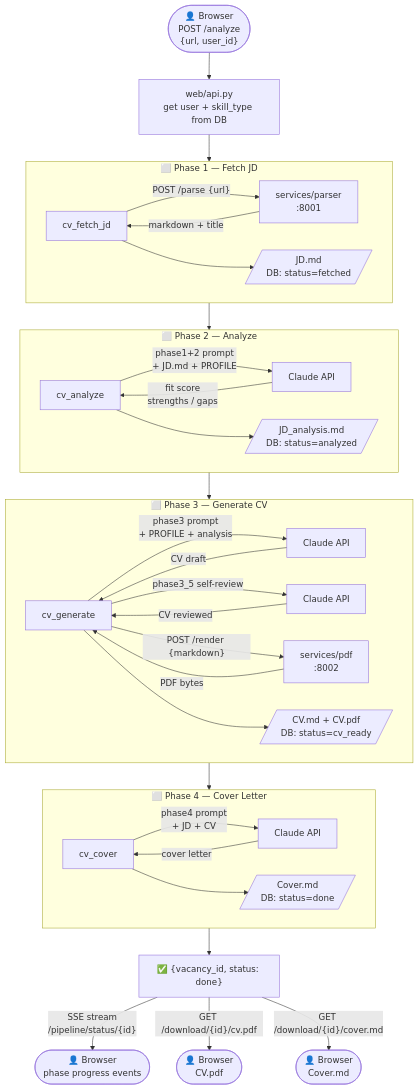
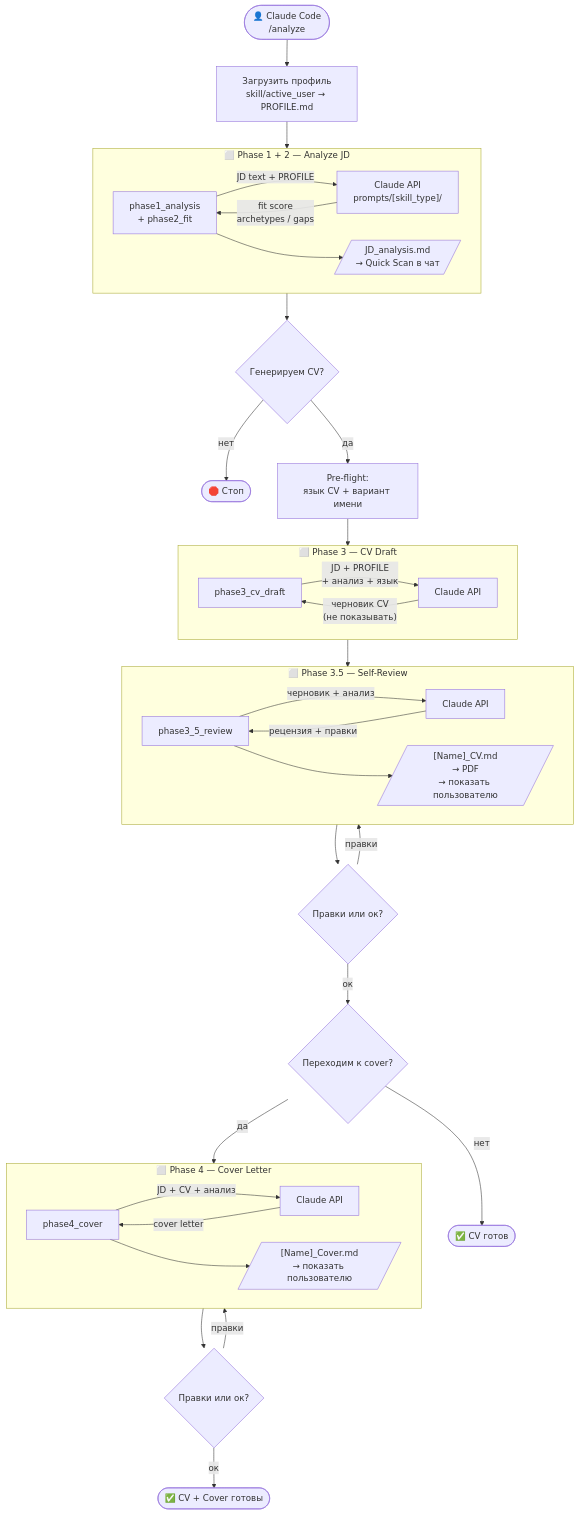
Before and after one commit to ioncat/agent-hub: the first of 2 diagrams in docs/local-app.md, drawn with Mermaid. The commit also changed other lines of this file, not shown here.

First line of the commit message:
docs: rewrite local-app.md — Claude Code skill, not web app

````diff
--- a/docs/local-app.md
+++ b/docs/local-app.md
@@ -129,51 +148,53 @@
 ```mermaid
 flowchart TD
-    User(["👤 Browser\nPOST /analyze\n{url, user_id}"])
-    User --> API["web/api.py\nget user + skill_type from DB"]
+    User(["👤 Claude Code\n/analyze"])
+    User --> Load["Загрузить профиль\nskill/active_user → PROFILE.md"]
 
-    API --> P1
+    Load --> P1
 
-    subgraph P1["⬜ Phase 1 — Fetch JD"]
+    subgraph P1["⬜ Phase 1 + 2 — Analyze JD"]
         direction LR
-        F1["cv_fetch_jd"] -->|"POST /parse {url}"| Parser["services/parser\n:8001"]
-        Parser -->|"markdown + title"| F1
-        F1 --> A1[/"JD.md\nDB: status=fetched"/]
+        F1["phase1_analysis\n+ phase2_fit"] -->|"JD text + PROFILE"| Claude1["Claude API\nprompts/[skill_type]/"]
+        Claude1 -->|"fit score\narchetypes / gaps"| F1
+        F1 --> A1[/"JD_analysis.md\n→ Quick Scan в чат"/]
     end
 
-    P1 --> P2
+    P1 --> Confirm1{"Генерируем CV?"}
+    Confirm1 -->|нет| Stop(["🛑 Стоп"])
+    Confirm1 -->|да| Preflight["Pre-flight:\nязык CV + вариант имени"]
 
-    subgraph P2["⬜ Phase 2 — Analyze"]
+    Preflight --> P3
+
+    subgraph P3["⬜ Phase 3 — CV Draft"]
         direction LR
-        F2["cv_analyze"] -->|"phase1+2 prompt\n+ JD.md + PROFILE"| Claude1["Claude API"]
-        Claude1 -->|"fit score\nstrengths / gaps"| F2
-        F2 --> A2[/"JD_analysis.md\nDB: status=analyzed"/]
+        F3["phase3_cv_draft"] -->|"JD + PROFILE\n+ анализ + язык"| Claude2["Claude API"]
+        Claude2 -->|"черновик CV\n(не показывать)"| F3
     end
 
-    P2 --> P3
+    P3 --> P35
 
-    subgraph P3["⬜ Phase 3 — Generate CV"]
+    subgraph P35["⬜ Phase 3.5 — Self-Review"]
         direction LR
-        F3a["cv_generate"] -->|"phase3 prompt\n+ PROFILE + analysis"| Claude2["Claude API"]
-        Claude2 -->|CV draft| F3a
-        F3a -->|"phase3_5 self-review"| Claude3["Claude API"]
-        Claude3 -->|CV reviewed| F3a
-        F3a -->|"POST /render {markdown}"| PDF["services/pdf\n:8002"]
-        PDF -->|PDF bytes| F3a
-        F3a --> A3[/"CV.md + CV.pdf\nDB: status=cv_ready"/]
+        F35["phase3_5_review"] -->|"черновик + анализ"| Claude3["Claude API"]
+        Claude3 -->|"рецензия + правки"| F35
+        F35 --> A35[/"[Name]_CV.md\n→ PDF\n→ показать пользователю"/]
     end
 
-    P3 --> P4
+    A35 --> Confirm2{"Правки или ок?"}
+    Confirm2 -->|правки| P35
+    Confirm2 -->|ок| Confirm3{"Переходим к cover?"}
+    Confirm3 -->|нет| Done1(["✅ CV готов"])
+
+    Confirm3 -->|да| P4
 
     subgraph P4["⬜ Phase 4 — Cover Letter"]
         direction LR
-        F4["cv_cover"] -->|"phase4 prompt\n+ JD + CV"| Claude4["Claude API"]
+        F4["phase4_cover"] -->|"JD + CV + анализ"| Claude4["Claude API"]
         Claude4 -->|cover letter| F4
-        F4 --> A4[/"Cover.md\nDB: status=done"/]
+        F4 --> A4[/"[Name]_Cover.md\n→ показать пользователю"/]
     end
 
-    P4 --> Done["✅ {vacancy_id, status: done}"]
-
-    Done -->|"SSE stream\n/pipeline/status/{id}"| SSE(["👤 Browser\nphase progress events"])
-    Done -->|"GET /download/{id}/cv.pdf"| DL1(["👤 Browser\nCV.pdf"])
-    Done -->|"GET /download/{id}/cover.md"| DL2(["👤 Browser\nCover.md"])
+    A4 --> Confirm4{"Правки или ок?"}
+    Confirm4 -->|правки| P4
+    Confirm4 -->|ок| Done2(["✅ CV + Cover готовы"])
 ```
````
